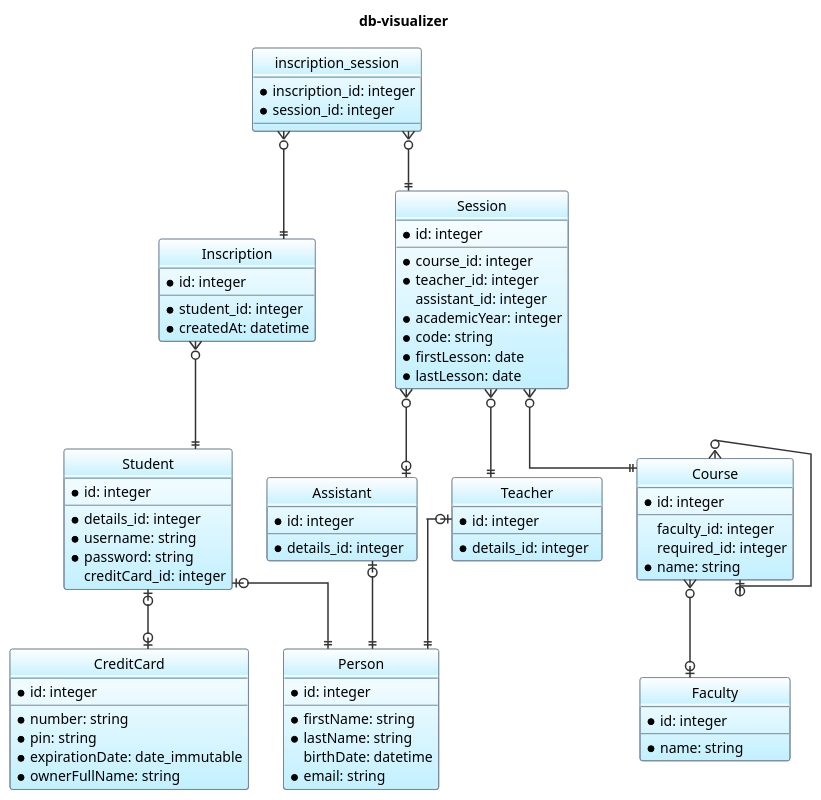
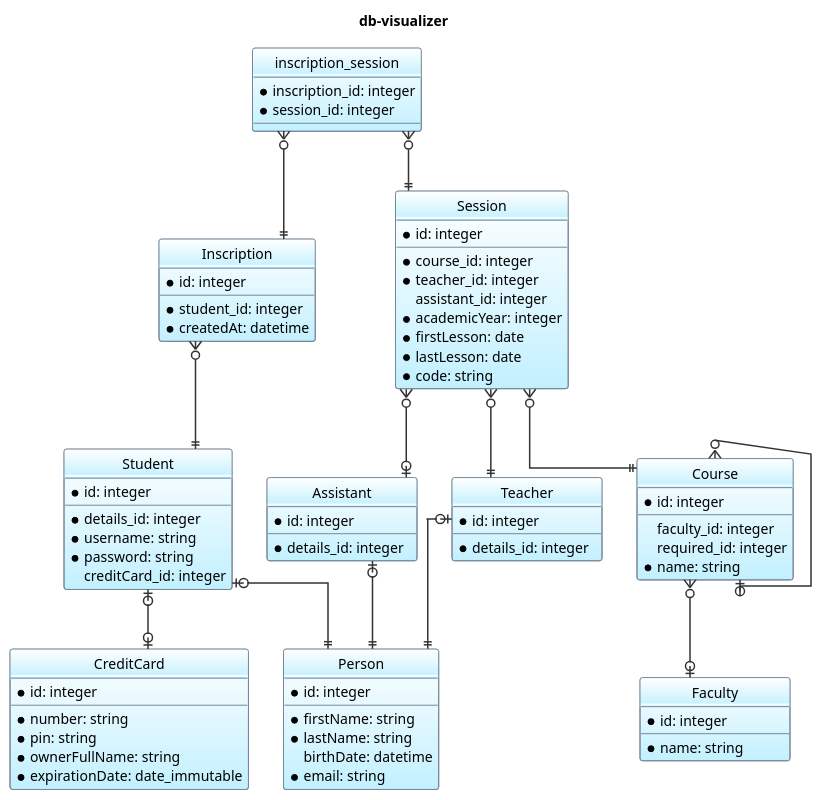
One commit to jawira/db-draw changed the diagram in resources/output/midi.puml. Above: the diagram before and after it, drawn with PlantUML. The commit also changed 5 other files, not shown here.

```diff
--- a/resources/output/midi.puml
+++ b/resources/output/midi.puml
@@ -1,93 +1,96 @@
 @startuml
 hide empty members
 hide circle
 skinparam ArrowColor #333
 skinparam ArrowThickness 1.5
 skinparam ClassBackgroundColor White-APPLICATION
 skinparam ClassBorderColor LightSlateGray
 skinparam ClassBorderThickness 1
 skinparam MinClassWidth 150
 skinparam LineType Ortho
 skinparam Shadowing false
+skinparam PackageBackgroundColor #eee
+skinparam PackageBorderColor #eee
+skinparam PackageFontStyle normal
 title db-visualizer
 entity Assistant {
 * id: integer
 --
 * details_id: integer
 }
 entity Course {
 * id: integer
 --
  faculty_id: integer
  required_id: integer
 * name: string
 }
 entity CreditCard {
 * id: integer
 --
 * number: string
 * pin: string
+* ownerFullName: string
 * expirationDate: date_immutable
-* ownerFullName: string
 }
 entity Faculty {
 * id: integer
 --
 * name: string
 }
 entity Inscription {
 * id: integer
 --
 * student_id: integer
 * createdAt: datetime
 }
 entity Person {
 * id: integer
 --
 * firstName: string
 * lastName: string
  birthDate: datetime
 * email: string
 }
 entity Session {
 * id: integer
 --
 * course_id: integer
 * teacher_id: integer
  assistant_id: integer
 * academicYear: integer
-* code: string
 * firstLesson: date
 * lastLesson: date
+* code: string
 }
 entity Student {
 * id: integer
 --
 * details_id: integer
 * username: string
 * password: string
  creditCard_id: integer
 }
 entity Teacher {
 * id: integer
 --
 * details_id: integer
 }
 entity inscription_session {
 * inscription_id: integer
 * session_id: integer
 --
 }
 Assistant |o--|| Person
 Course }o--o| Faculty
 Course }o--o| Course
 Inscription }o--|| Student
 Session }o--|| Teacher
 Session }o--|| Course
 Session }o--o| Assistant
 Student |o--o| CreditCard
 Student |o--|| Person
 Teacher |o--|| Person
 inscription_session }o--|| Inscription
 inscription_session }o--|| Session
 @enduml
```
